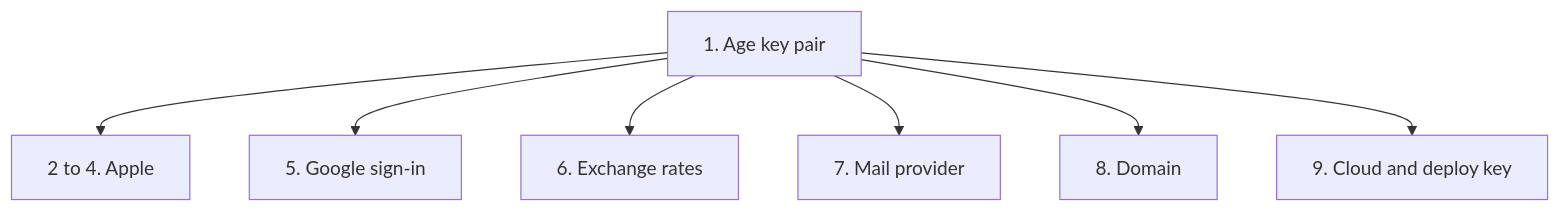
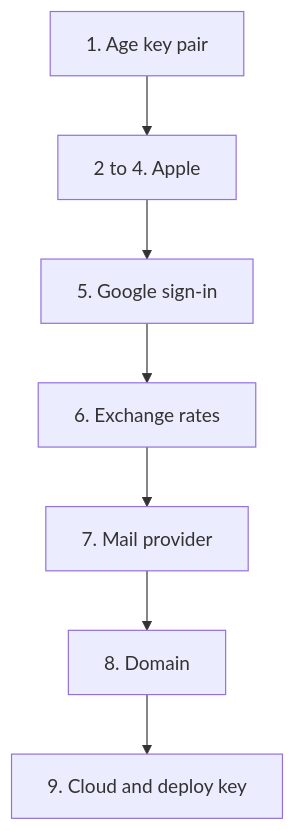
The diagram in infra/wizard/README.md (ravialdyh/my-money-recap-monorepo), drawn with Mermaid before and after one commit. The commit also changed other lines of this file, not shown here.

Commit message:
docs: draw the wizard steps as the chain the script walks

````diff
--- a/infra/wizard/README.md
+++ b/infra/wizard/README.md
@@ -10,16 +10,16 @@
 ```mermaid
 flowchart TD
     s1["1. Age key pair"]
     apple["2 to 4. Apple"]
     google["5. Google sign-in"]
     rates["6. Exchange rates"]
     mail["7. Mail provider"]
     domain["8. Domain"]
     cloud["9. Cloud and deploy key"]
     s1 --> apple
-    s1 --> google
-    s1 --> rates
-    s1 --> mail
-    s1 --> domain
-    s1 --> cloud
+    apple --> google
+    google --> rates
+    rates --> mail
+    mail --> domain
+    domain --> cloud
 ```
````
